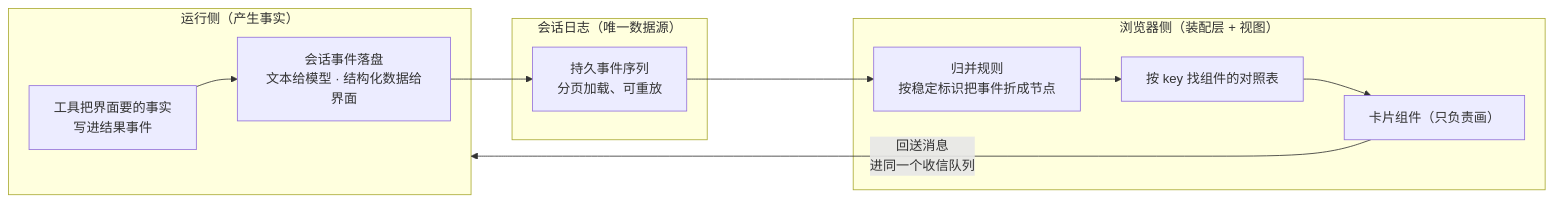
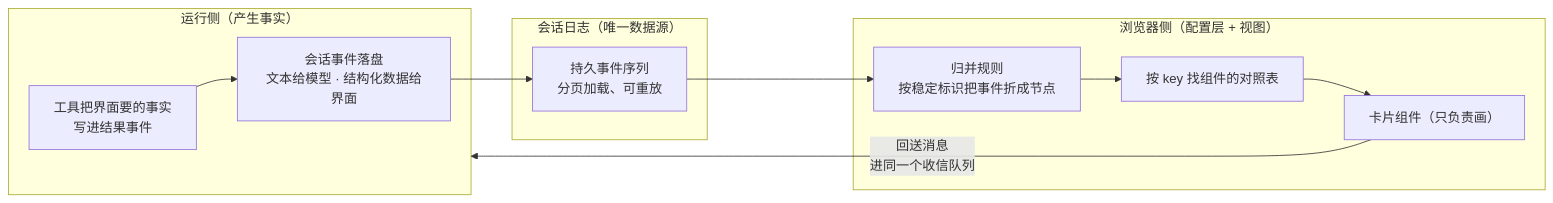
The first of 2 diagrams in dsh 插件开发学习/16-把工具结果渲染成卡片.md (anthonyzhao-4926/blog), drawn with Mermaid before and after one commit. The commit also changed other lines of this file and 53 other files, not shown here.

````diff
--- a/dsh 插件开发学习/16-把工具结果渲染成卡片.md
+++ b/dsh 插件开发学习/16-把工具结果渲染成卡片.md
@@ -43,19 +43,19 @@
 ```mermaid
 flowchart LR
     subgraph host["运行侧（产生事实）"]
         T["工具把界面要的事实<br/>写进结果事件"]
         E["会话事件落盘<br/>文本给模型 · 结构化数据给界面"]
         T --> E
     end
     subgraph log["会话日志（唯一数据源）"]
         J["持久事件序列<br/>分页加载、可重放"]
     end
-    subgraph client["浏览器侧（装配层 + 视图）"]
+    subgraph client["浏览器侧（配置层 + 视图）"]
         D["归并规则<br/>按稳定标识把事件折成节点"]
         K["按 key 找组件的对照表"]
         C["卡片组件（只负责画）"]
         D --> K --> C
     end
     E --> J --> D
     C -- "回送消息<br/>进同一个收信队列" --> host
 ```
````
